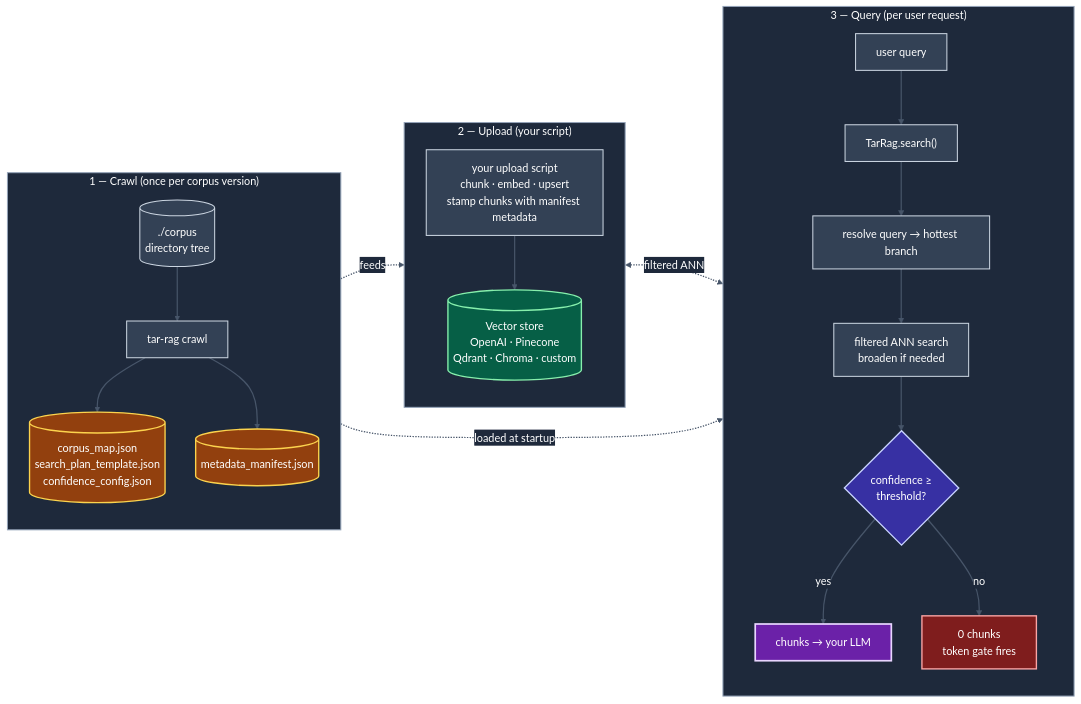
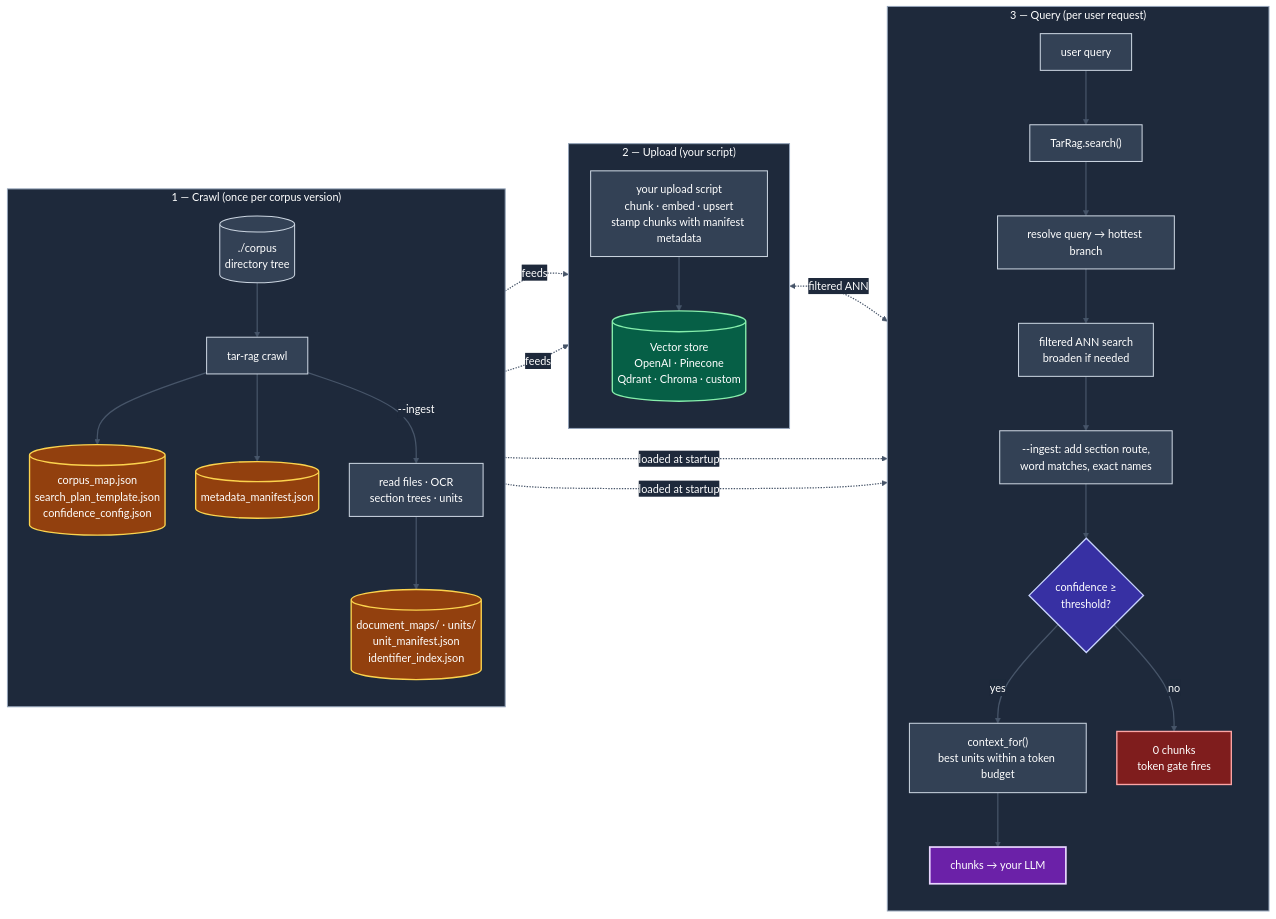
Before and after one commit to vamsi-karnam/tar-rag: the diagram in README.md, drawn with Mermaid. The commit also changed other lines of this file and 51 other files, not shown here.

First line of the commit message:
Release 0.3.0: file-level topology, ingest and Tesseract OCR (#1)

````diff
--- a/README.md
+++ b/README.md
@@ -66,66 +75,72 @@
 ```mermaid
 %%{init: {
   'theme': 'base',
   'flowchart': {
     'htmlLabels': true,
     'nodeSpacing': 45,
     'rankSpacing': 55,
     'useMaxWidth': true
   },
   'themeVariables': {
     'primaryColor': '#334155',
     'primaryTextColor': '#ffffff',
     'primaryBorderColor': '#cbd5e1',
     'lineColor': '#64748b',
     'edgeLabelBackground': '#1e293b',
     'clusterBkg': '#1e293b',
     'clusterBorder': '#94a3b8'
   }
 }}%%
 flowchart LR
     subgraph S1["1 — Crawl  (once per corpus version)"]
         direction TB
         CORPUS[("./corpus<br/>directory tree")] --> CR["tar-rag crawl"]
         CR --> AQ[("corpus_map.json<br/>search_plan_template.json<br/>confidence_config.json")]
         CR --> AM[("metadata_manifest.json")]
+        CR -- "--ingest" --> ING["read files · OCR<br/>section trees · units"]
+        ING --> AU[("document_maps/ · units/<br/>unit_manifest.json<br/>identifier_index.json")]
     end
 
     subgraph S2["2 — Upload  (your script)"]
         direction TB
         UPSCRIPT["your upload script<br/>chunk · embed · upsert<br/>stamp chunks with manifest metadata"] --> VS[("Vector store<br/>OpenAI · Pinecone<br/>Qdrant · Chroma · custom")]
     end
 
     subgraph S3["3 — Query  (per user request)"]
         direction TB
         Q[user query] --> TR["TarRag.search()"]
         TR --> RESOLVE["resolve query → hottest branch"]
         RESOLVE --> ANN["filtered ANN search<br/>broaden if needed"]
-        ANN --> GATE{confidence ≥<br/>threshold?}
-        GATE -- yes --> OUT["chunks → your LLM"]
+        ANN --> ADD["--ingest: add section route,<br/>word matches, exact names"]
+        ADD --> GATE{confidence ≥<br/>threshold?}
+        GATE -- yes --> CTX["context_for()<br/>best units within a token budget"]
+        CTX --> OUT["chunks → your LLM"]
         GATE -- no --> ZERO["0 chunks<br/>token gate fires"]
     end
 
     AM -. feeds .-> UPSCRIPT
+    AU -. feeds .-> UPSCRIPT
+    AU -. loaded at startup .-> ADD
     AQ -. loaded at startup .-> TR
     VS <-. filtered ANN .-> ANN
 
     classDef artifact fill:#92400e,stroke:#fcd34d,stroke-width:2px,color:#ffffff;
     classDef store    fill:#065f46,stroke:#86efac,stroke-width:2px,color:#ffffff;
     classDef process  fill:#334155,stroke:#cbd5e1,stroke-width:1.5px,color:#ffffff;
     classDef decision fill:#3730a3,stroke:#c7d2fe,stroke-width:2px,color:#ffffff;
     classDef out      fill:#6b21a8,stroke:#e9d5ff,stroke-width:2.5px,color:#ffffff;
     classDef gate     fill:#7f1d1d,stroke:#fca5a5,stroke-width:2px,color:#ffffff;
 
-    class AQ,AM artifact;
+    class AQ,AM,AU artifact;
     class VS store;
-    class CORPUS,CR,UPSCRIPT,Q,TR,RESOLVE,ANN process;
+    class CORPUS,CR,ING,UPSCRIPT,Q,TR,RESOLVE,ANN,ADD,CTX process;
     class GATE decision;
     class OUT out;
     class ZERO gate;
 
     style S1 fill:#1e293b,stroke:#94a3b8,stroke-width:1.5px,color:#ffffff
     style S2 fill:#1e293b,stroke:#94a3b8,stroke-width:1.5px,color:#ffffff
     style S3 fill:#1e293b,stroke:#94a3b8,stroke-width:1.5px,color:#ffffff
 
     linkStyle default stroke:#475569,stroke-width:1.8px,color:#ffffff,fill:none
 ```
````
